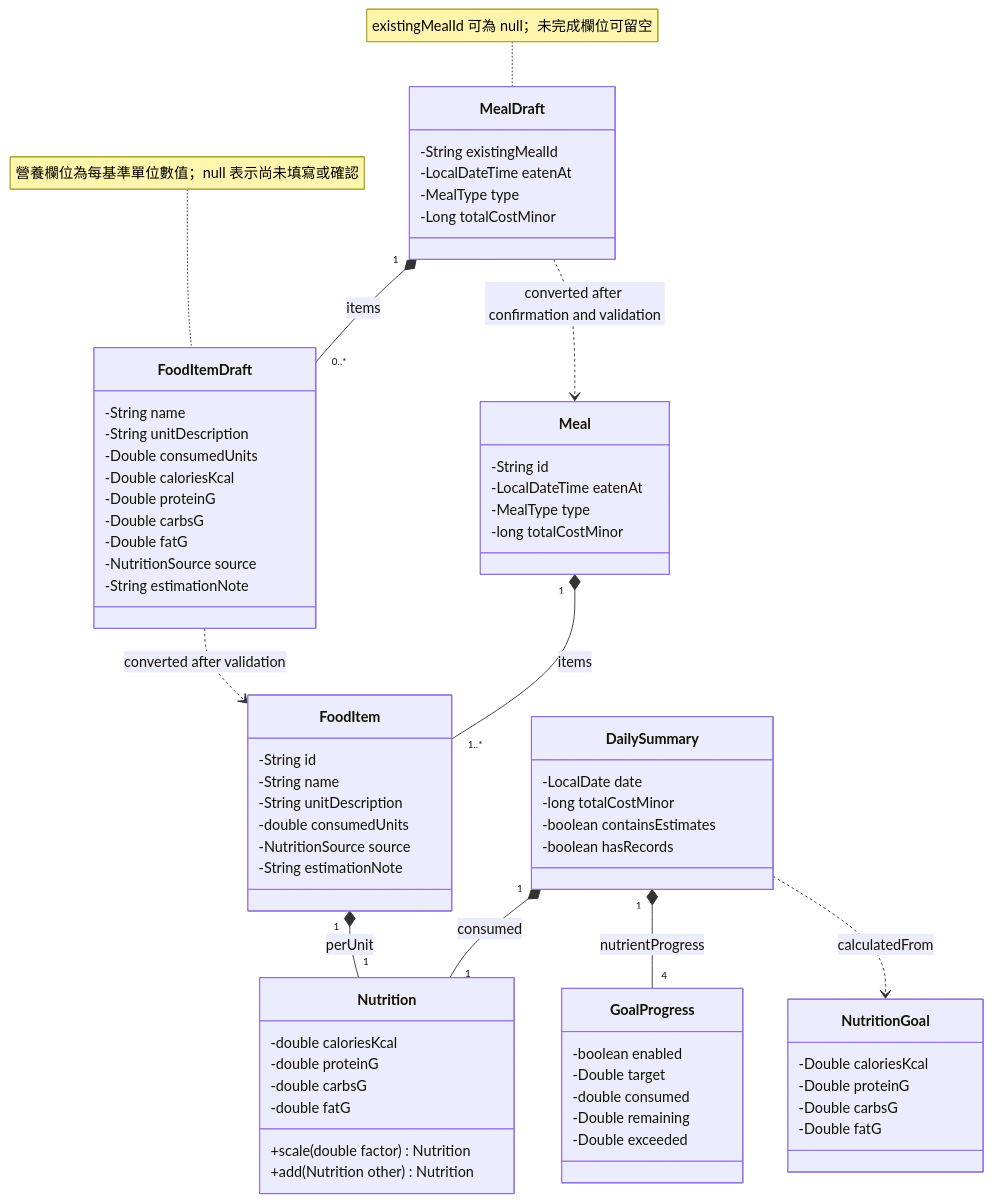
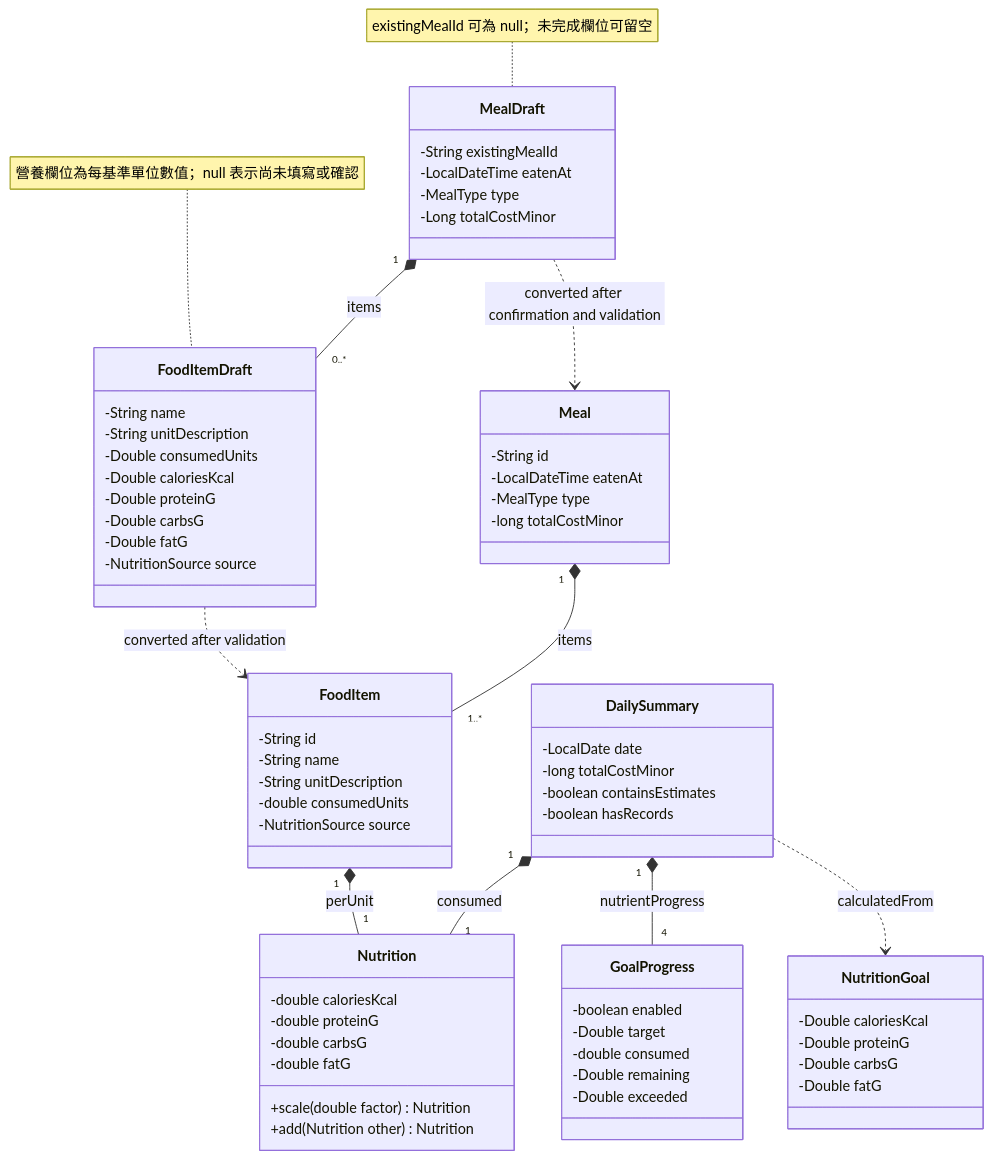
One commit to chuanmin0317/food-ledger changed the third of 5 diagrams in README.md. Above: the diagram before and after it, drawn with Mermaid. The commit also changed other lines of this file and 4 other files, not shown here.

````diff
--- a/README.md
+++ b/README.md
@@ -228,72 +228,70 @@
 ```mermaid
 classDiagram
 direction TB
 class MealDraft {
     -String existingMealId
     -LocalDateTime eatenAt
     -MealType type
     -Long totalCostMinor
 }
 class FoodItemDraft {
     -String name
     -String unitDescription
     -Double consumedUnits
     -Double caloriesKcal
     -Double proteinG
     -Double carbsG
     -Double fatG
     -NutritionSource source
-    -String estimationNote
 }
 note for MealDraft "existingMealId 可為 null；未完成欄位可留空"
 note for FoodItemDraft "營養欄位為每基準單位數值；null 表示尚未填寫或確認"
 class Meal {
     -String id
     -LocalDateTime eatenAt
     -MealType type
     -long totalCostMinor
 }
 class FoodItem {
     -String id
     -String name
     -String unitDescription
     -double consumedUnits
     -NutritionSource source
-    -String estimationNote
 }
 class Nutrition {
     -double caloriesKcal
     -double proteinG
     -double carbsG
     -double fatG
     +scale(double factor) Nutrition
     +add(Nutrition other) Nutrition
 }
 class NutritionGoal {
     -Double caloriesKcal
     -Double proteinG
     -Double carbsG
     -Double fatG
 }
 class GoalProgress {
     -boolean enabled
     -Double target
     -double consumed
     -Double remaining
     -Double exceeded
 }
 class DailySummary {
     -LocalDate date
     -long totalCostMinor
     -boolean containsEstimates
     -boolean hasRecords
 }
 MealDraft "1" *-- "0..*" FoodItemDraft : items
 MealDraft ..> Meal : converted after confirmation and validation
 FoodItemDraft ..> FoodItem : converted after validation
 Meal "1" *-- "1..*" FoodItem : items
 FoodItem "1" *-- "1" Nutrition : perUnit
 DailySummary "1" *-- "1" Nutrition : consumed
 DailySummary "1" *-- "4" GoalProgress : nutrientProgress
 DailySummary ..> NutritionGoal : calculatedFrom
 ```
````
